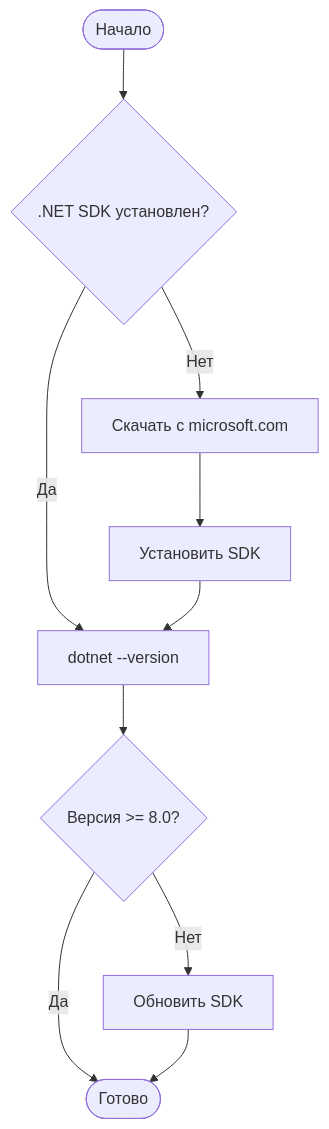
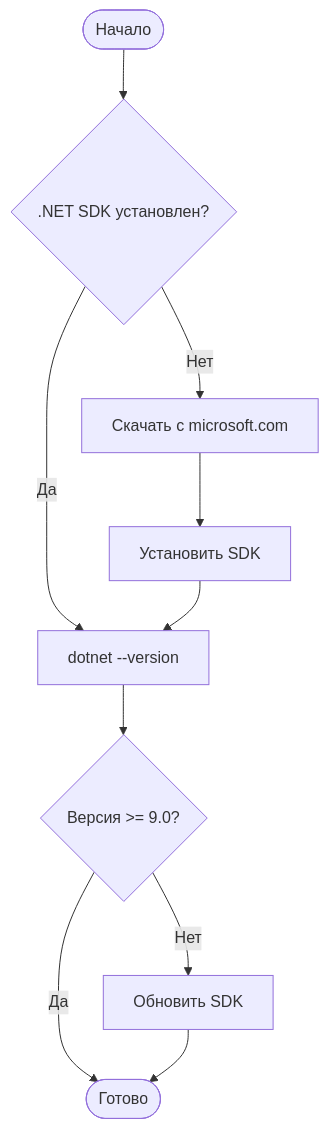
Before and after one commit to tn-ivk/tn-doc: the first of 4 diagrams in docs/development/setup.md, drawn with Mermaid. The commit also changed other lines of this file and 12 other files, not shown here.

````diff
--- a/docs/development/setup.md
+++ b/docs/development/setup.md
@@ -30,14 +51,14 @@
 ```mermaid
 flowchart TD
     Start([Начало]) --> Check{.NET SDK установлен?}
     Check -->|Нет| Download[Скачать с microsoft.com]
     Check -->|Да| Verify[dotnet --version]
 
     Download --> Install[Установить SDK]
     Install --> Verify
 
-    Verify --> CheckVer{Версия >= 8.0?}
+    Verify --> CheckVer{Версия >= 9.0?}
     CheckVer -->|Нет| Update[Обновить SDK]
     CheckVer -->|Да| Ready([Готово])
     Update --> Ready
 ```
````
